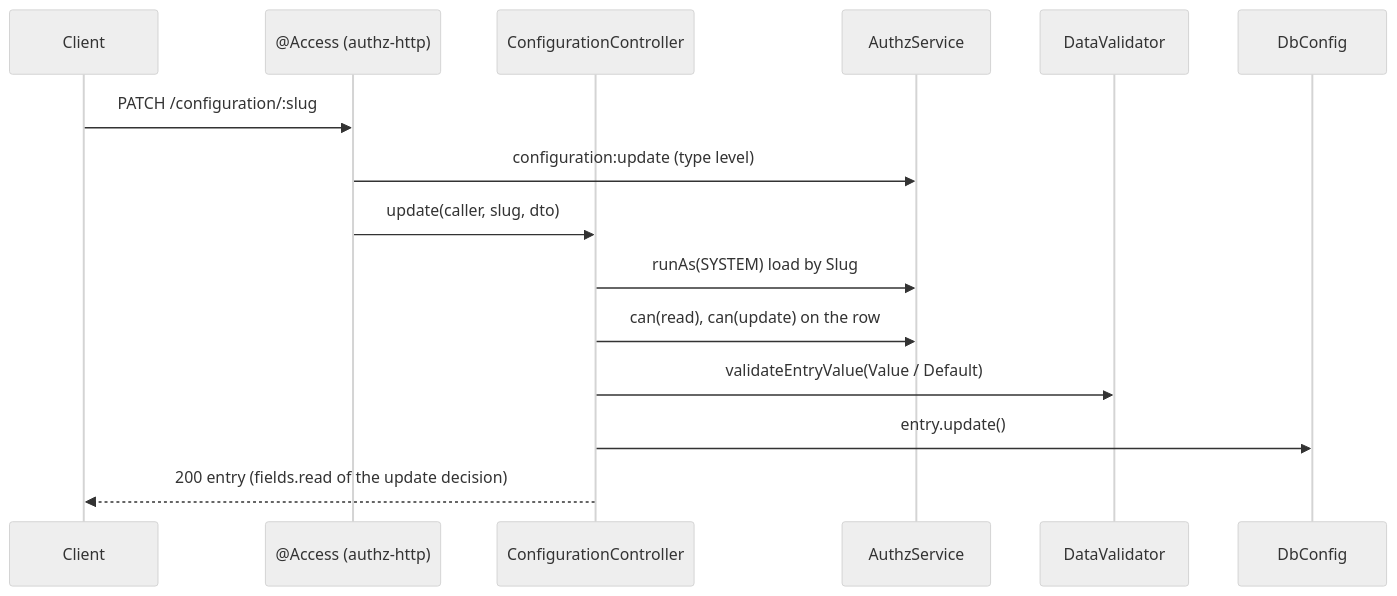
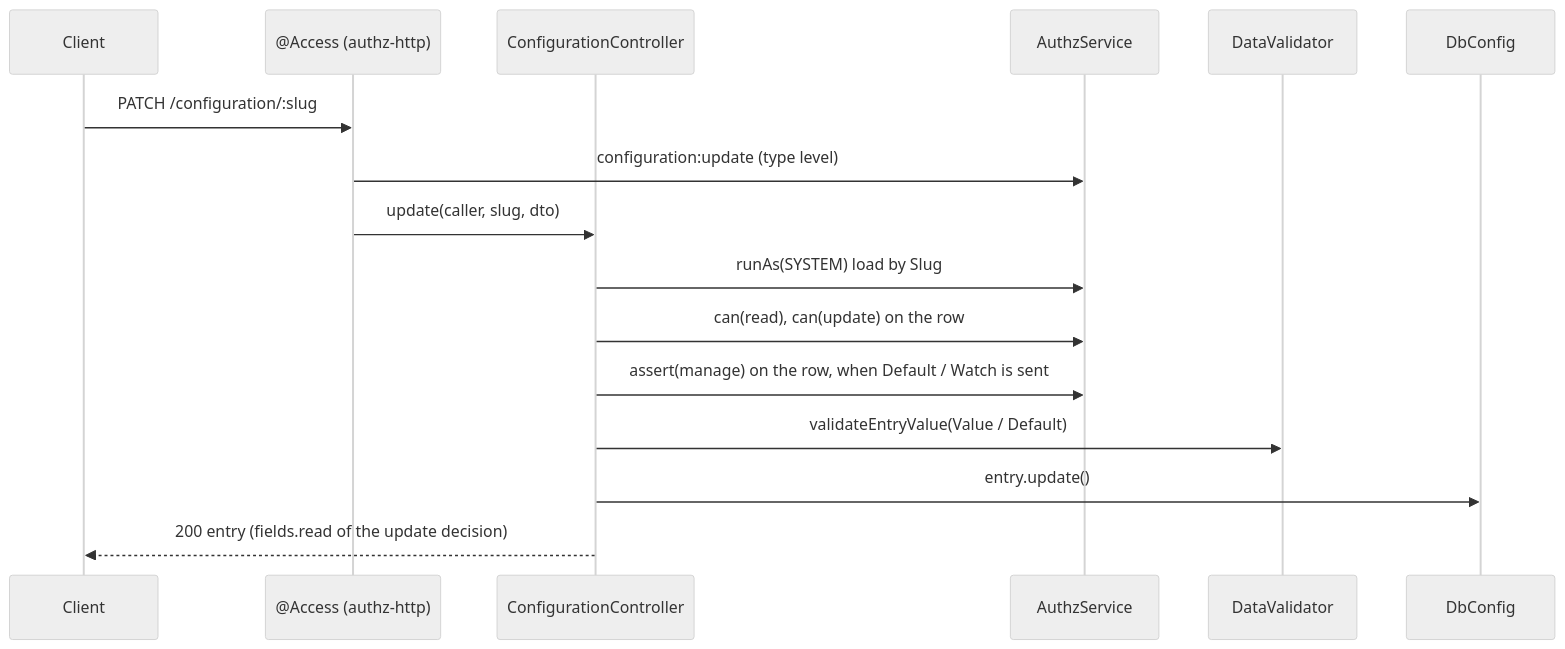
The diagram in docs/configuration-http/01-configuration-api.md (spinajs/main), drawn with Mermaid (neutral theme) before and after one commit. The commit also changed other lines of this file and 6 other files, not shown here.

First line of the commit message:
feat(configuration-http): changing Default or Watch needs its own permission (#903)

````diff
--- a/docs/configuration-http/01-configuration-api.md
+++ b/docs/configuration-http/01-configuration-api.md
@@ -35,17 +36,18 @@
 ```mermaid
 sequenceDiagram
   participant C as Client
   participant A as @Access (authz-http)
   participant Ctl as ConfigurationController
   participant Z as AuthzService
   participant V as DataValidator
   participant DB as DbConfig
   C->>A: PATCH /configuration/:slug
   A->>Z: configuration:update (type level)
   A->>Ctl: update(caller, slug, dto)
   Ctl->>Z: runAs(SYSTEM) load by Slug
   Ctl->>Z: can(read), can(update) on the row
+  Ctl->>Z: assert(manage) on the row, when Default / Watch is sent
   Ctl->>V: validateEntryValue(Value / Default)
   Ctl->>DB: entry.update()
   Ctl-->>C: 200 entry (fields.read of the update decision)
 ```
````
